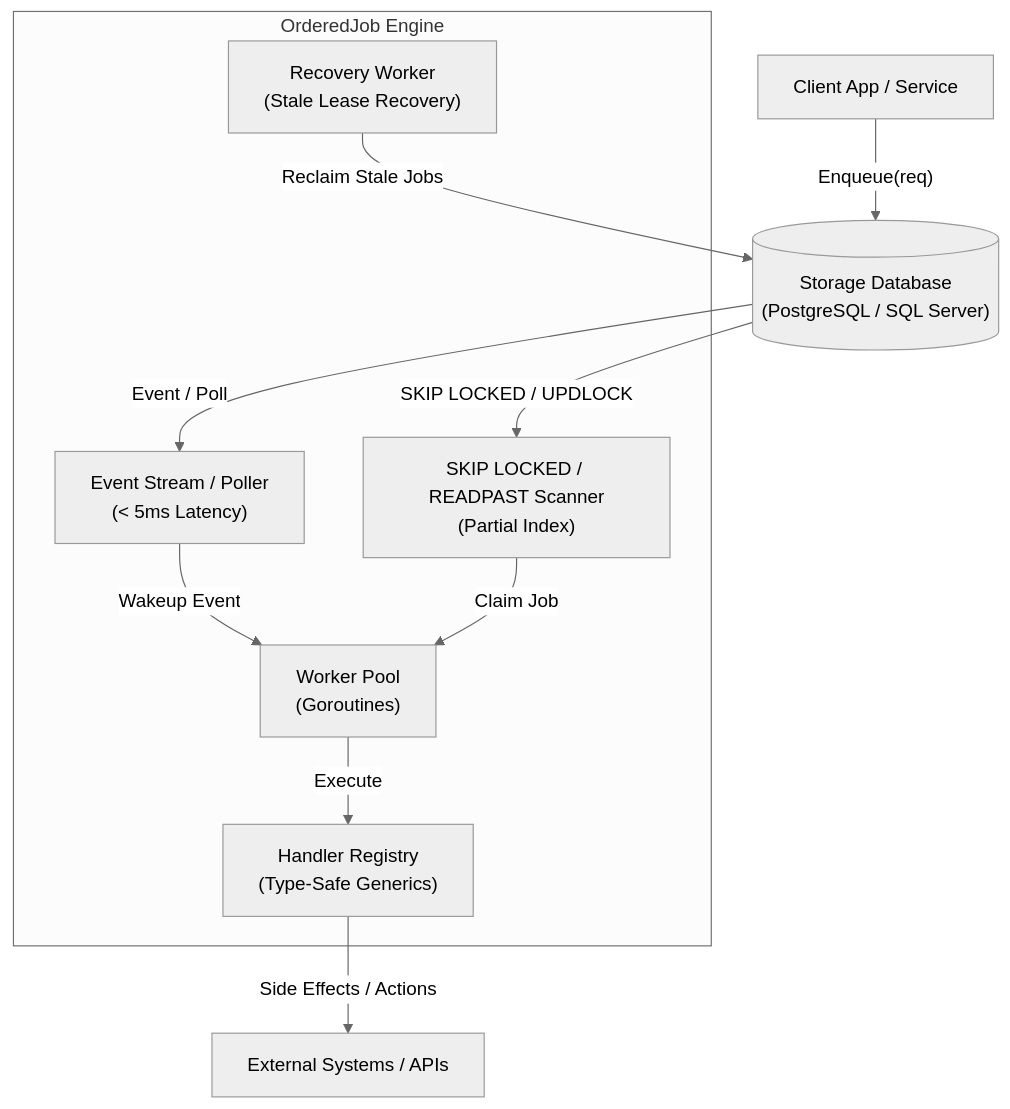
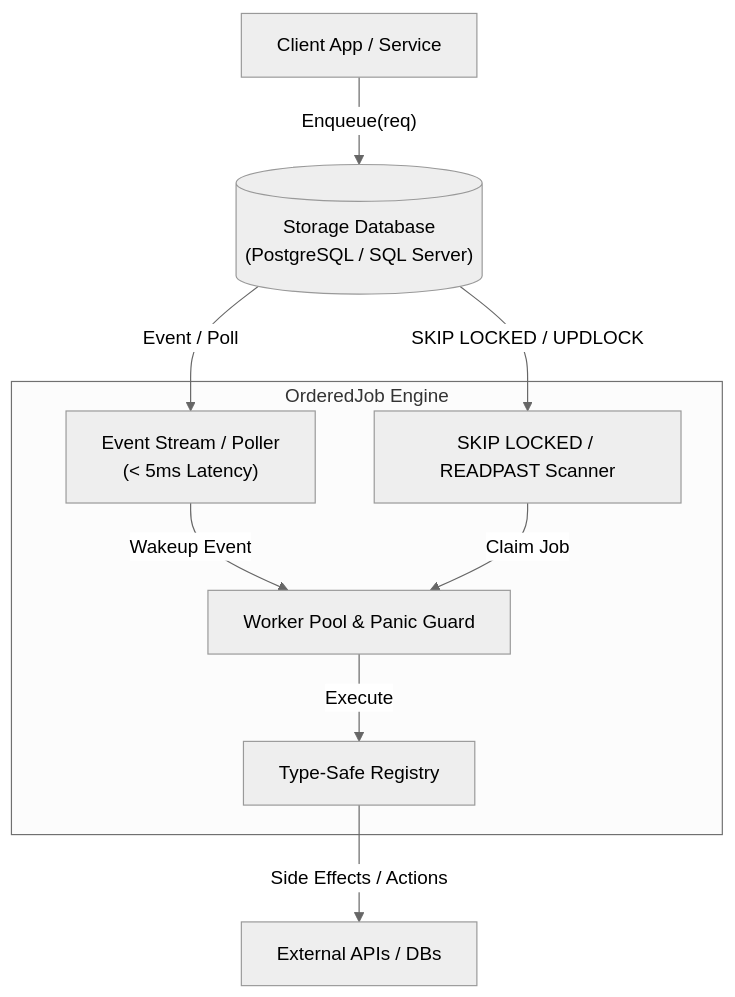
One commit to semmidev/orderedjob changed the diagram in README.md. Above: the diagram before and after it, drawn with Mermaid (neutral theme). The commit also changed other lines of this file and 3 other files, not shown here.

````diff
--- a/README.md
+++ b/README.md
@@ -88,20 +127,18 @@
 ```mermaid
 graph TD
     Client["Client App / Service"] -->|"Enqueue(req)"| DB[("Storage Database\n(PostgreSQL / SQL Server)")]
     
     subgraph Engine["OrderedJob Engine"]
         Listen["Event Stream / Poller\n(< 5ms Latency)"]
-        Scanner["SKIP LOCKED / READPAST Scanner\n(Partial Index)"]
-        WorkerPool["Worker Pool\n(Goroutines)"]
-        Registry["Handler Registry\n(Type-Safe Generics)"]
-        Recovery["Recovery Worker\n(Stale Lease Recovery)"]
+        Scanner["SKIP LOCKED / READPAST Scanner"]
+        WorkerPool["Worker Pool & Panic Guard"]
+        Registry["Type-Safe Registry"]
     end
 
     DB -->|"Event / Poll"| Listen
     DB -->|"SKIP LOCKED / UPDLOCK"| Scanner
     Listen -->|"Wakeup Event"| WorkerPool
     Scanner -->|"Claim Job"| WorkerPool
-    Recovery -->|"Reclaim Stale Jobs"| DB
     WorkerPool -->|"Execute"| Registry
-    Registry -->|"Side Effects / Actions"| External["External Systems / APIs"]
+    Registry -->|"Side Effects / Actions"| External["External APIs / DBs"]
 ```
````
